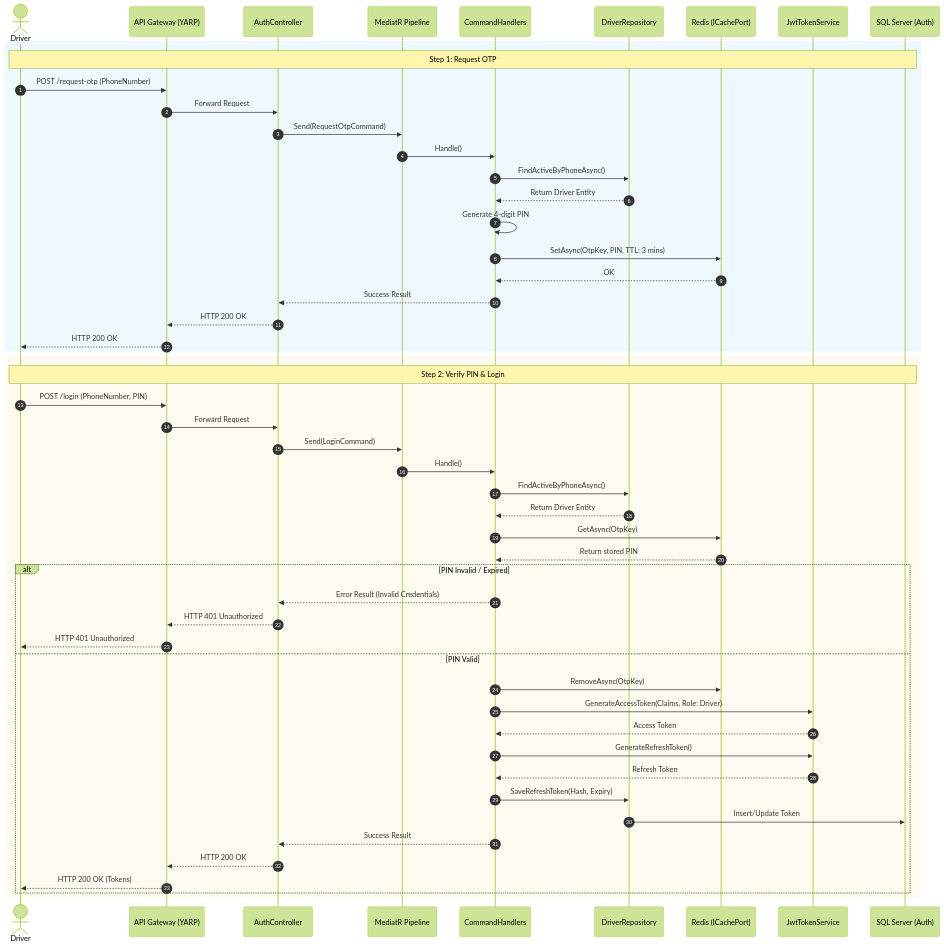
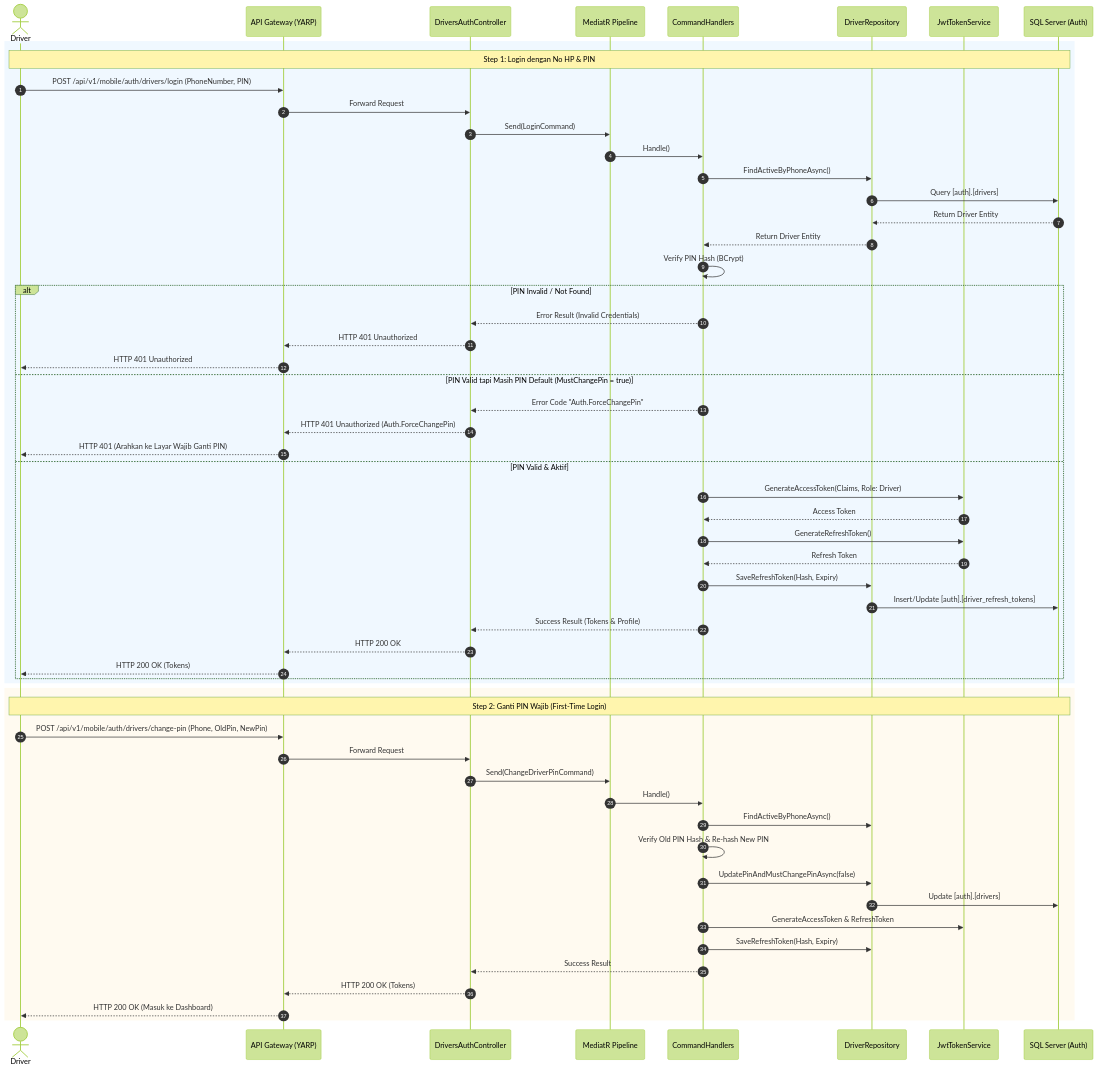
Before and after one commit to odealidj/minione-edcl-net: the first of 8 diagrams in docs/architecture/api-sequence-diagrams.md, drawn with Mermaid (forest theme). The commit also changed other lines of this file and 15 other files, not shown here.

Commit message:
docs: synchronize documentation endpoints and add gateway mobile route

````diff
--- a/docs/architecture/api-sequence-diagrams.md
+++ b/docs/architecture/api-sequence-diagrams.md
@@ -12,58 +12,62 @@
 ```mermaid
 sequenceDiagram
     autonumber
     actor Driver
     participant Gateway as API Gateway (YARP)
-    participant Ctrl as AuthController
+    participant Ctrl as DriversAuthController
     participant MediatR as MediatR Pipeline
     participant Hndl as CommandHandlers
     participant Repo as DriverRepository
-    participant Cache as Redis (ICachePort)
     participant Jwt as JwtTokenService
     participant DB as SQL Server (Auth)
 
     rect rgb(240, 248, 255)
-    Note over Driver, DB: Step 1: Request OTP
-    Driver->>Gateway: POST /request-otp (PhoneNumber)
-    Gateway->>Ctrl: Forward Request
-    Ctrl->>MediatR: Send(RequestOtpCommand)
-    MediatR->>Hndl: Handle()
-    Hndl->>Repo: FindActiveByPhoneAsync()
-    Repo-->>Hndl: Return Driver Entity
-    Hndl->>Hndl: Generate 4-digit PIN
-    Hndl->>Cache: SetAsync(OtpKey, PIN, TTL: 3 mins)
-    Cache-->>Hndl: OK
-    Hndl-->>Ctrl: Success Result
-    Ctrl-->>Gateway: HTTP 200 OK
-    Gateway-->>Driver: HTTP 200 OK
-    end
-
-    rect rgb(255, 250, 240)
-    Note over Driver, DB: Step 2: Verify PIN & Login
-    Driver->>Gateway: POST /login (PhoneNumber, PIN)
+    Note over Driver, DB: Step 1: Login dengan No HP & PIN
+    Driver->>Gateway: POST /api/v1/mobile/auth/drivers/login (PhoneNumber, PIN)
     Gateway->>Ctrl: Forward Request
     Ctrl->>MediatR: Send(LoginCommand)
     MediatR->>Hndl: Handle()
     Hndl->>Repo: FindActiveByPhoneAsync()
+    Repo->>DB: Query [auth].[drivers]
+    DB-->>Repo: Return Driver Entity
     Repo-->>Hndl: Return Driver Entity
-    Hndl->>Cache: GetAsync(OtpKey)
-    Cache-->>Hndl: Return stored PIN
-    
-    alt PIN Invalid / Expired
+    Hndl->>Hndl: Verify PIN Hash (BCrypt)
+
+    alt PIN Invalid / Not Found
         Hndl-->>Ctrl: Error Result (Invalid Credentials)
         Ctrl-->>Gateway: HTTP 401 Unauthorized
         Gateway-->>Driver: HTTP 401 Unauthorized
-    else PIN Valid
-        Hndl->>Cache: RemoveAsync(OtpKey)
+    else PIN Valid tapi Masih PIN Default (MustChangePin = true)
+        Hndl-->>Ctrl: Error Code "Auth.ForceChangePin"
+        Ctrl-->>Gateway: HTTP 401 Unauthorized (Auth.ForceChangePin)
+        Gateway-->>Driver: HTTP 401 (Arahkan ke Layar Wajib Ganti PIN)
+    else PIN Valid & Aktif
         Hndl->>Jwt: GenerateAccessToken(Claims, Role: Driver)
         Jwt-->>Hndl: Access Token
         Hndl->>Jwt: GenerateRefreshToken()
         Jwt-->>Hndl: Refresh Token
         Hndl->>Repo: SaveRefreshToken(Hash, Expiry)
-        Repo->>DB: Insert/Update Token
-        Hndl-->>Ctrl: Success Result
+        Repo->>DB: Insert/Update [auth].[driver_refresh_tokens]
+        Hndl-->>Ctrl: Success Result (Tokens & Profile)
         Ctrl-->>Gateway: HTTP 200 OK
         Gateway-->>Driver: HTTP 200 OK (Tokens)
     end
     end
+
+    rect rgb(255, 250, 240)
+    Note over Driver, DB: Step 2: Ganti PIN Wajib (First-Time Login)
+    Driver->>Gateway: POST /api/v1/mobile/auth/drivers/change-pin (Phone, OldPin, NewPin)
+    Gateway->>Ctrl: Forward Request
+    Ctrl->>MediatR: Send(ChangeDriverPinCommand)
+    MediatR->>Hndl: Handle()
+    Hndl->>Repo: FindActiveByPhoneAsync()
+    Hndl->>Hndl: Verify Old PIN Hash & Re-hash New PIN
+    Hndl->>Repo: UpdatePinAndMustChangePinAsync(false)
+    Repo->>DB: Update [auth].[drivers]
+    Hndl->>Jwt: GenerateAccessToken & RefreshToken
+    Hndl->>Repo: SaveRefreshToken(Hash, Expiry)
+    Hndl-->>Ctrl: Success Result
+    Ctrl-->>Gateway: HTTP 200 OK (Tokens)
+    Gateway-->>Driver: HTTP 200 OK (Masuk ke Dashboard)
+    end
 ```
````
